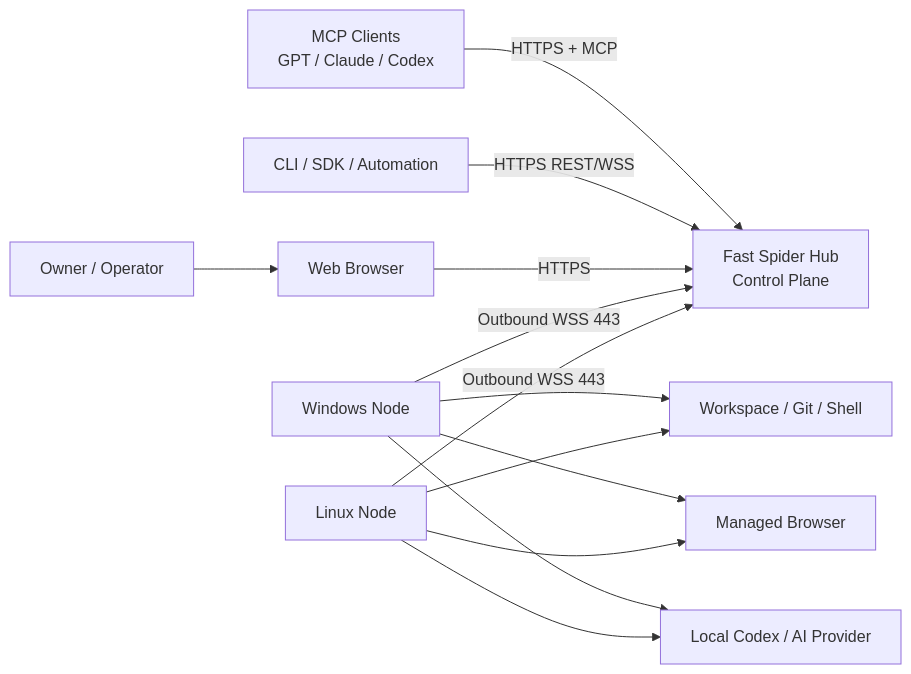
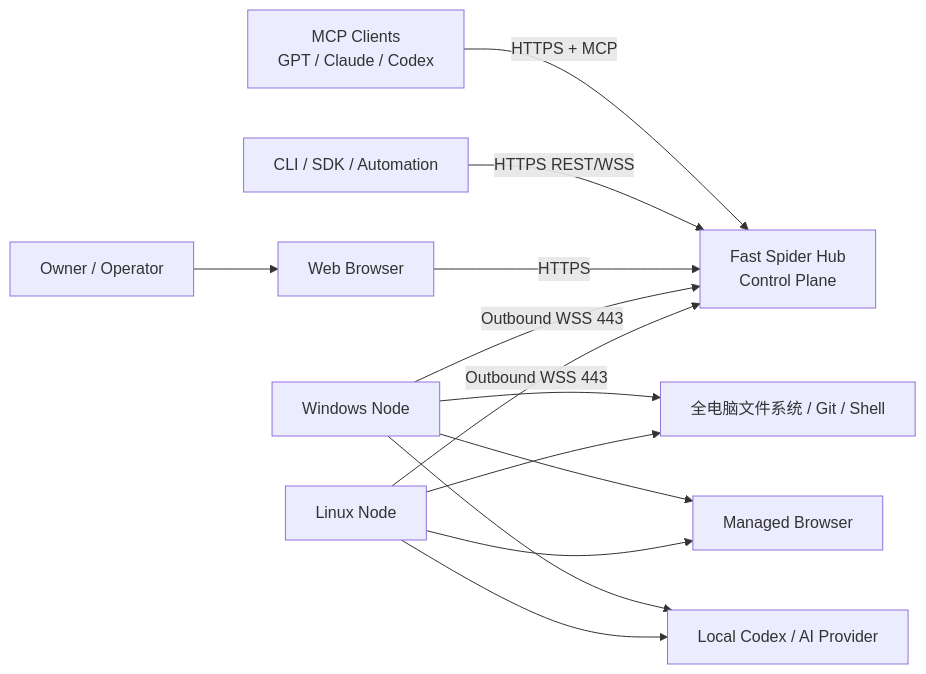
One commit to isguang2024/fast-spider changed the first of 5 diagrams in docs/02-system-architecture.md. Above: the diagram before and after it, drawn with Mermaid. The commit also changed other lines of this file and 74 other files, not shown here.

````diff
--- a/docs/02-system-architecture.md
+++ b/docs/02-system-architecture.md
@@ -16,26 +16,26 @@
 ```mermaid
 flowchart LR
     Owner[Owner / Operator]
     MCP[MCP Clients<br/>GPT / Claude / Codex]
     CLI[CLI / SDK / Automation]
     Web[Web Browser]
     Hub[Fast Spider Hub<br/>Control Plane]
     NodeW[Windows Node]
     NodeL[Linux Node]
     LocalAI[Local Codex / AI Provider]
     Browser[Managed Browser]
-    FS[Workspace / Git / Shell]
+    FS[全电脑文件系统 / Git / Shell]
 
     Owner --> Web
     MCP -->|HTTPS + MCP| Hub
     CLI -->|HTTPS REST/WSS| Hub
     Web -->|HTTPS| Hub
     NodeW -->|Outbound WSS 443| Hub
     NodeL -->|Outbound WSS 443| Hub
     NodeW --> FS
     NodeL --> FS
     NodeW --> Browser
     NodeL --> Browser
     NodeW --> LocalAI
     NodeL --> LocalAI
 ```
````
